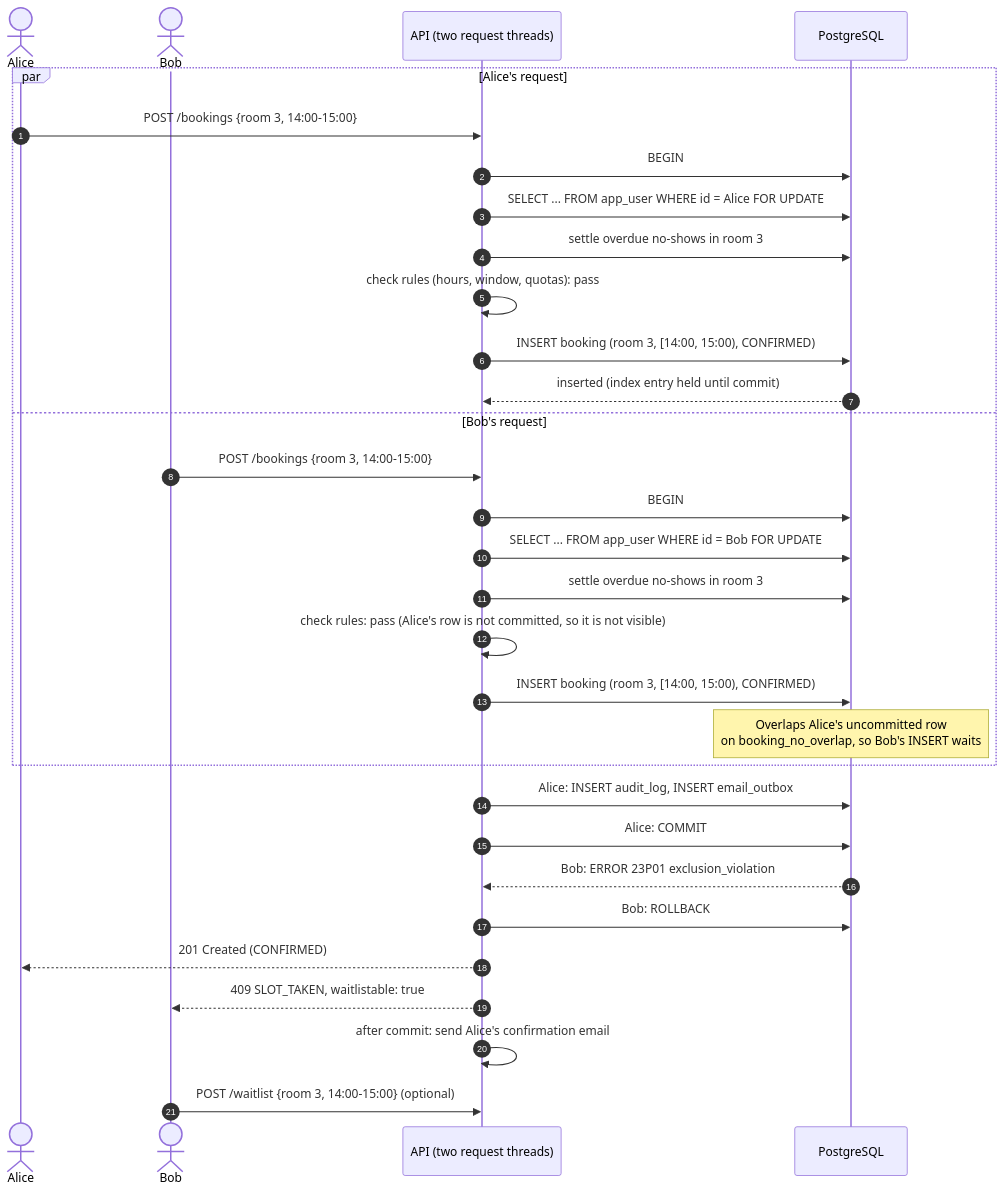
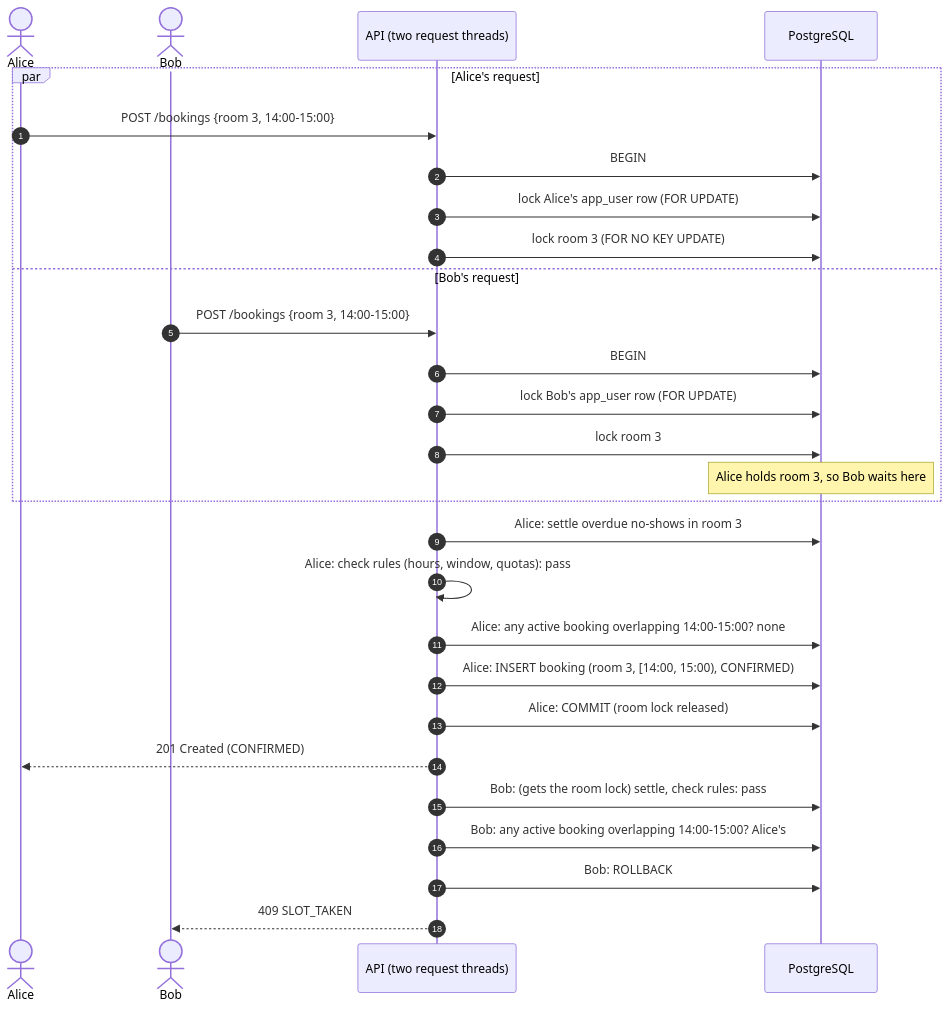
Before and after one commit to EthanYap123/slotted: the fourth of 8 diagrams in docs/ARCHITECTURE.md, drawn with Mermaid. The commit also changed other lines of this file and 10 other files, not shown here.

First line of the commit message:
test(booking): prove concurrent bookings for one slot produce exactly one booking (#46)

````diff
--- a/docs/ARCHITECTURE.md
+++ b/docs/ARCHITECTURE.md
@@ -137,35 +137,33 @@
 ```mermaid
 sequenceDiagram
     autonumber
     actor Alice
     actor Bob
     participant API as API (two request threads)
     participant DB as PostgreSQL
 
     par Alice's request
         Alice->>API: POST /bookings {room 3, 14:00-15:00}
         API->>DB: BEGIN
-        API->>DB: SELECT ... FROM app_user WHERE id = Alice FOR UPDATE
-        API->>DB: settle overdue no-shows in room 3
-        API->>API: check rules (hours, window, quotas): pass
-        API->>DB: INSERT booking (room 3, [14:00, 15:00), CONFIRMED)
-        DB-->>API: inserted (index entry held until commit)
+        API->>DB: lock Alice's app_user row (FOR UPDATE)
+        API->>DB: lock room 3 (FOR NO KEY UPDATE)
     and Bob's request
         Bob->>API: POST /bookings {room 3, 14:00-15:00}
         API->>DB: BEGIN
-        API->>DB: SELECT ... FROM app_user WHERE id = Bob FOR UPDATE
-        API->>DB: settle overdue no-shows in room 3
-        API->>API: check rules: pass (Alice's row is not committed, so it is not visible)
-        API->>DB: INSERT booking (room 3, [14:00, 15:00), CONFIRMED)
-        Note over DB: Overlaps Alice's uncommitted row<br/>on booking_no_overlap, so Bob's INSERT waits
+        API->>DB: lock Bob's app_user row (FOR UPDATE)
+        API->>DB: lock room 3
+        Note over DB: Alice holds room 3, so Bob waits here
     end
 
-    API->>DB: Alice: INSERT audit_log, INSERT email_outbox
-    API->>DB: Alice: COMMIT
-    DB-->>API: Bob: ERROR 23P01 exclusion_violation
+    API->>DB: Alice: settle overdue no-shows in room 3
+    API->>API: Alice: check rules (hours, window, quotas): pass
+    API->>DB: Alice: any active booking overlapping 14:00-15:00? none
+    API->>DB: Alice: INSERT booking (room 3, [14:00, 15:00), CONFIRMED)
+    API->>DB: Alice: COMMIT (room lock released)
+    API-->>Alice: 201 Created (CONFIRMED)
+
+    API->>DB: Bob: (gets the room lock) settle, check rules: pass
+    API->>DB: Bob: any active booking overlapping 14:00-15:00? Alice's
     API->>DB: Bob: ROLLBACK
-    API-->>Alice: 201 Created (CONFIRMED)
-    API-->>Bob: 409 SLOT_TAKEN, waitlistable: true
-    API->>API: after commit: send Alice's confirmation email
-    Bob->>API: POST /waitlist {room 3, 14:00-15:00} (optional)
+    API-->>Bob: 409 SLOT_TAKEN
 ```
````
